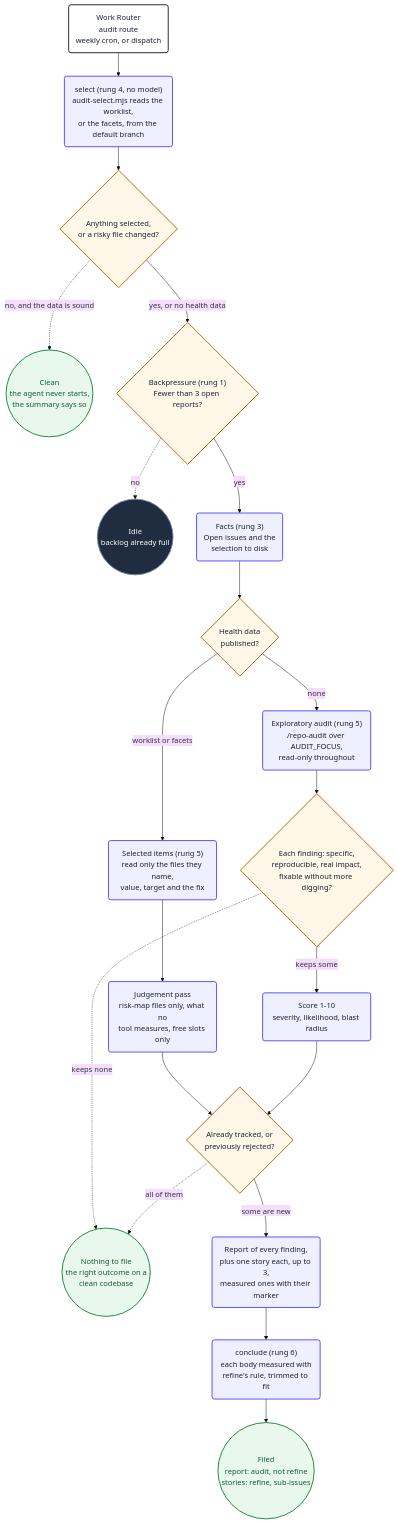
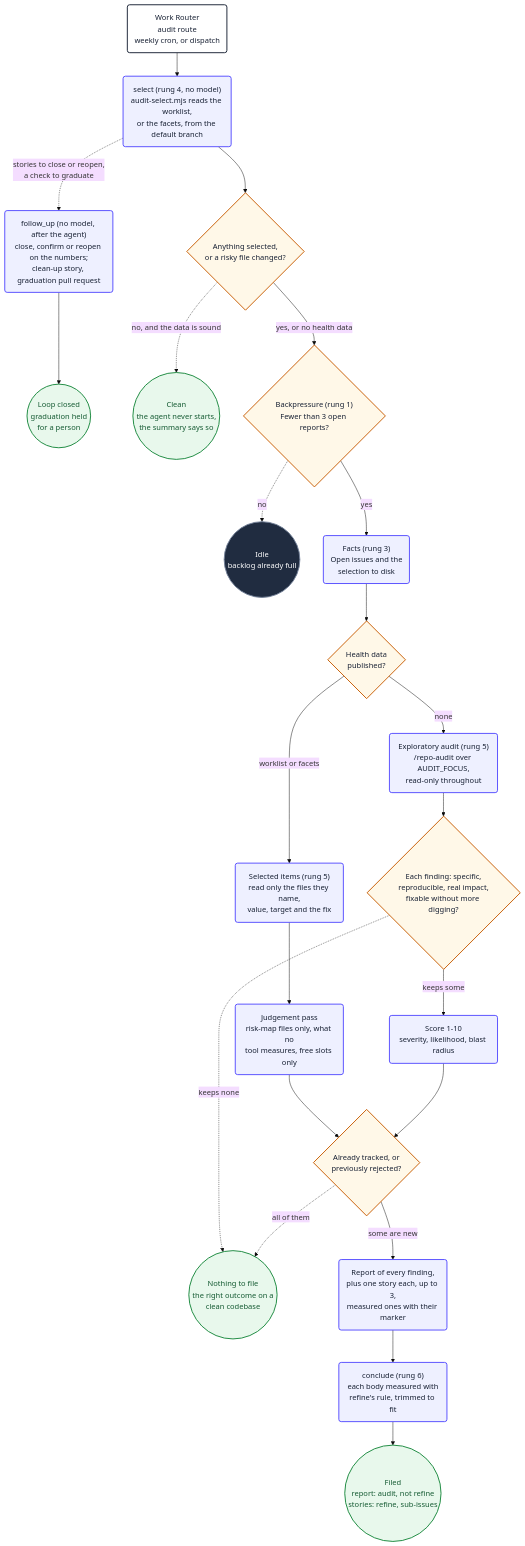
One commit to PlainConceptsPlatform/agentic-workflows changed the tenth of 16 diagrams in loops/docs/diagrams.md. Above: the diagram before and after it, drawn with Mermaid (base theme). The commit also changed other lines of this file and 18 other files, not shown here.

First line of the commit message:
feat(audit): close the loop on audit stories, and graduate report-only checks; 1.32.0 (#585)

````diff
--- a/loops/docs/diagrams.md
+++ b/loops/docs/diagrams.md
@@ -557,42 +557,45 @@
 ```mermaid
 flowchart TD
     auStart("Work Router<br/>audit route<br/>weekly cron, or dispatch") --> auSelect
     auSelect("select (rung 4, no model)<br/>audit-select.mjs reads the worklist,<br/>or the facets, from the default branch") --> auWork
+    auSelect -.->|"stories to close or reopen,<br/>a check to graduate"| auFollow
+    auFollow("follow_up (no model, after the agent)<br/>close, confirm or reopen on the numbers;<br/>clean-up story, graduation pull request") --> auLoop
     auWork{"Anything selected,<br/>or a risky file changed?"}
     auWork -.->|"no, and the data is sound"| auClean
     auWork -->|"yes, or no health data"| auBack
     auBack{"Backpressure (rung 1)<br/>Fewer than 3 open reports?"}
     auBack -.->|no| auIdle
     auBack -->|yes| auFacts
     auFacts("Facts (rung 3)<br/>Open issues and the<br/>selection to disk") --> auSource
     auSource{"Health data<br/>published?"}
     auSource -->|"worklist or facets"| auItems
     auSource -->|none| auRun
     auItems("Selected items (rung 5)<br/>read only the files they name,<br/>value, target and the fix") --> auJudge
     auJudge("Judgement pass<br/>risk-map files only, what no<br/>tool measures, free slots only") --> auDedupe
     auRun("Exploratory audit (rung 5)<br/>/repo-audit over AUDIT_FOCUS,<br/>read-only throughout") --> auFilter
     auFilter{"Each finding: specific,<br/>reproducible, real impact,<br/>fixable without more digging?"}
     auFilter -->|keeps some| auScore
     auFilter -.->|keeps none| auQuiet
     auScore("Score 1-10<br/>severity, likelihood, blast radius") --> auDedupe
     auDedupe{"Already tracked, or<br/>previously rejected?"}
     auDedupe -.->|"all of them"| auQuiet
     auDedupe -->|"some are new"| auFile
     auFile("Report of every finding,<br/>plus one story each, up to 3,<br/>measured ones with their marker") --> auMeasure
     auMeasure("conclude (rung 6)<br/>each body measured with<br/>refine's rule, trimmed to fit") --> auReport
     auReport(("Filed<br/>report: audit, not refine<br/>stories: refine, sub-issues"))
     auQuiet(("Nothing to file<br/>the right outcome on a<br/>clean codebase"))
     auClean(("Clean<br/>the agent never starts,<br/>the summary says so"))
     auIdle(("Idle<br/>backlog already full"))
+    auLoop(("Loop closed<br/>graduation held<br/>for a person"))
 
     classDef start fill:#ffffff,stroke:#172033,stroke-width:2px,color:#172033
     classDef action fill:#eef0ff,stroke:#554cff,stroke-width:2px,color:#172033
     classDef decision fill:#fff8e8,stroke:#c75b00,stroke-width:2px,color:#172033
     classDef idle fill:#202c40,stroke:#738198,stroke-width:2px,color:#ffffff
     classDef success fill:#e8f8ec,stroke:#18883c,stroke-width:2px,color:#145a32
     class auStart start
-    class auSelect,auFacts,auItems,auJudge,auRun,auScore,auFile,auMeasure action
+    class auSelect,auFollow,auFacts,auItems,auJudge,auRun,auScore,auFile,auMeasure action
     class auWork,auBack,auSource,auFilter,auDedupe decision
     class auIdle idle
-    class auReport,auQuiet,auClean success
+    class auReport,auQuiet,auClean,auLoop success
 ```
````
